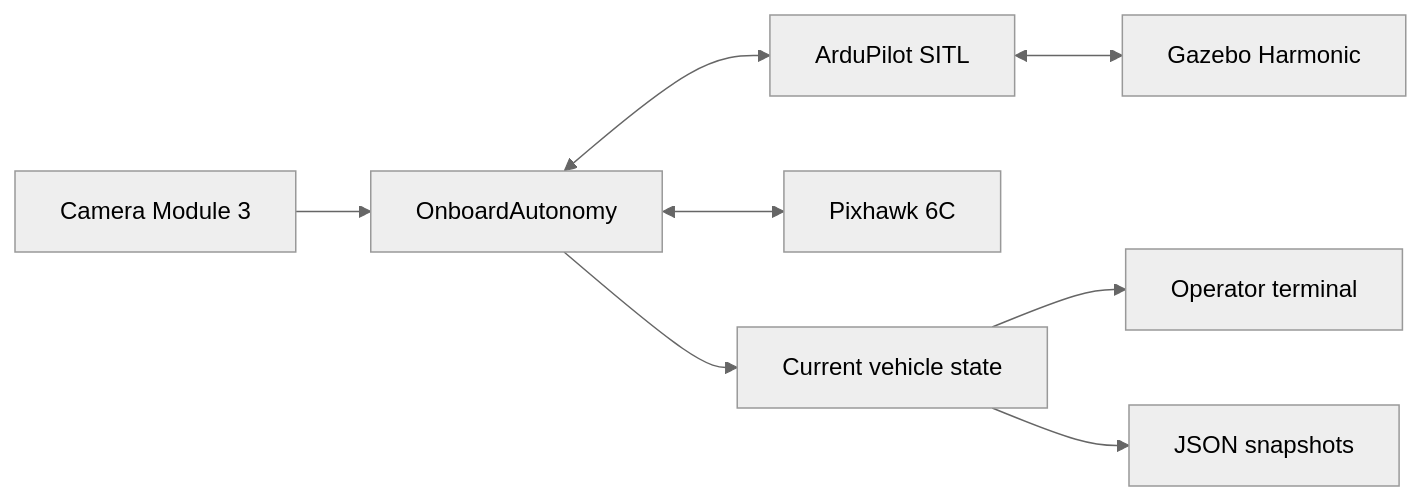
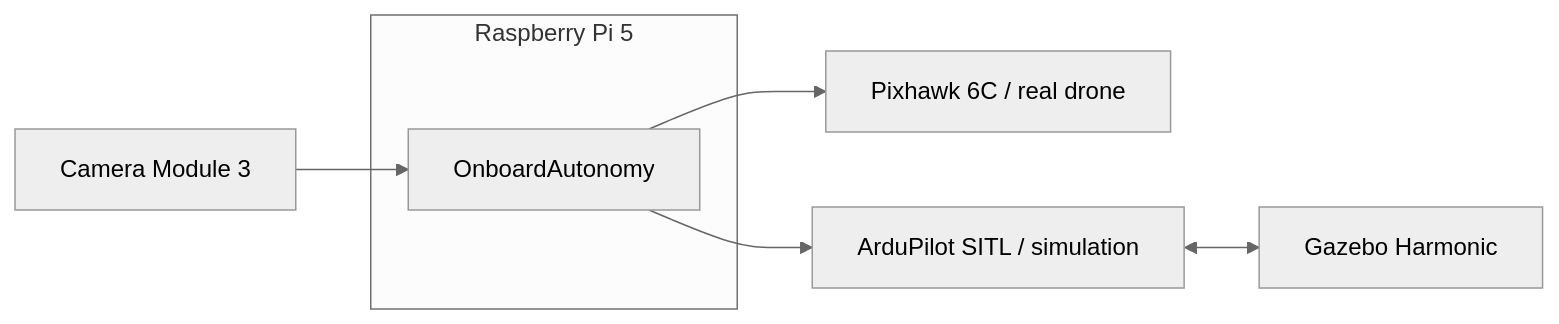
The diagram in README.md (matemink/CompanionLab), drawn with Mermaid (neutral theme) before and after one commit. The commit also changed other lines of this file, not shown here.

Commit message:
Fix README system topology (#6)

````diff
--- a/README.md
+++ b/README.md
@@ -19,10 +19,10 @@
 ```mermaid
 flowchart LR
-    Camera["Camera Module 3"] --> Runtime["OnboardAutonomy"]
-    Runtime <--> SITL["ArduPilot SITL"]
-    Runtime <--> Pixhawk["Pixhawk 6C"]
+    subgraph Pi["Raspberry Pi 5"]
+        Runtime["OnboardAutonomy"]
+    end
+    Camera["Camera Module 3"] --> Runtime
+    Runtime --> Pixhawk["Pixhawk 6C / real drone"]
+    Runtime --> SITL["ArduPilot SITL / simulation"]
     SITL <--> Gazebo["Gazebo Harmonic"]
-    Runtime --> State["Current vehicle state"]
-    State --> Console["Operator terminal"]
-    State --> JSON["JSON snapshots"]
 ```
````
